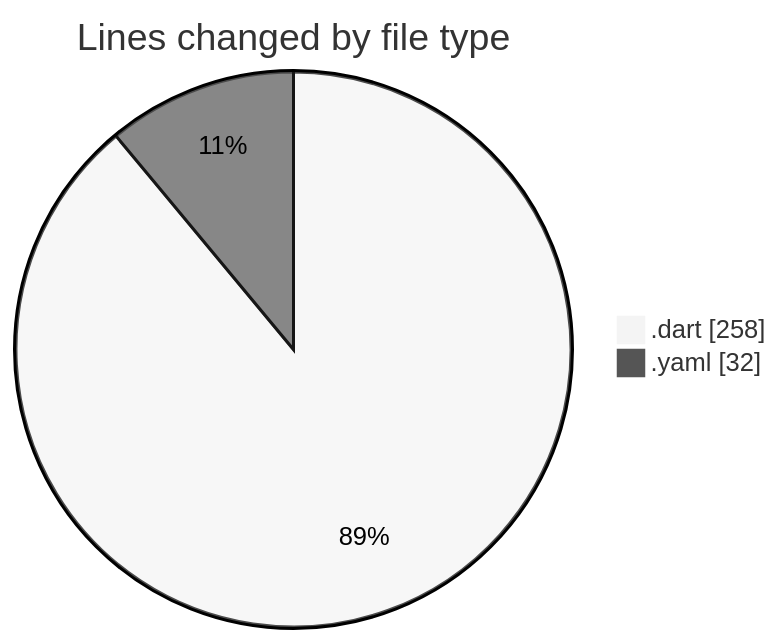
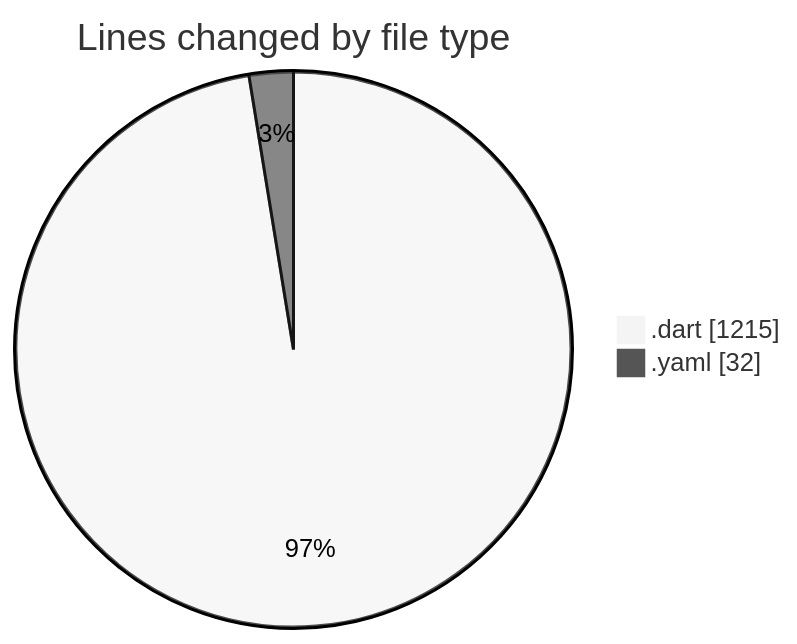
One commit to lephambinh05/code-tracking changed the first of 2 diagrams in 2025-07-30/appproject/README.md. Above: the diagram before and after it, drawn with Mermaid (neutral theme). The commit also changed other lines of this file and 1 other file, not shown here.

````diff
--- a/2025-07-30/appproject/README.md
+++ b/2025-07-30/appproject/README.md
@@ -24,6 +27,6 @@
 ```mermaid
 pie showData
 title Lines changed by file type
-".dart" : 258
+".dart" : 1215
 ".yaml" : 32
 ```
````
